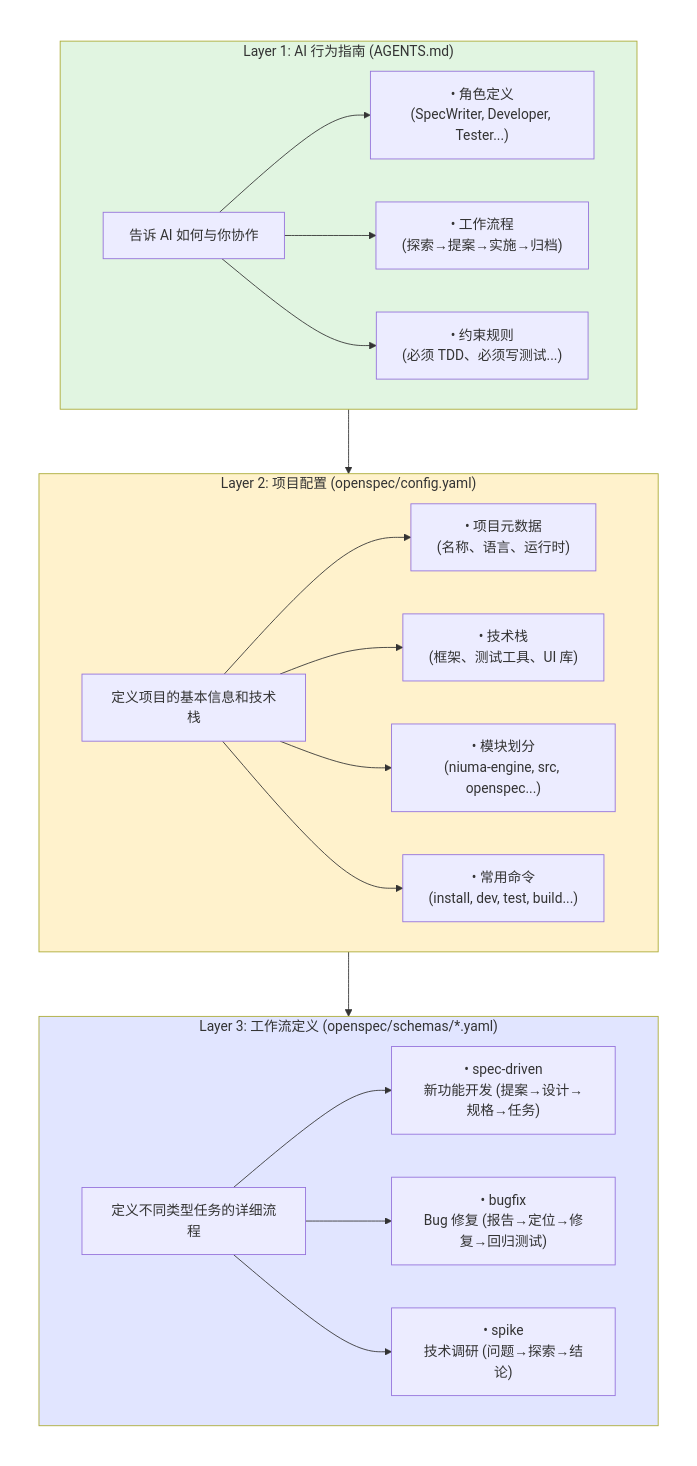
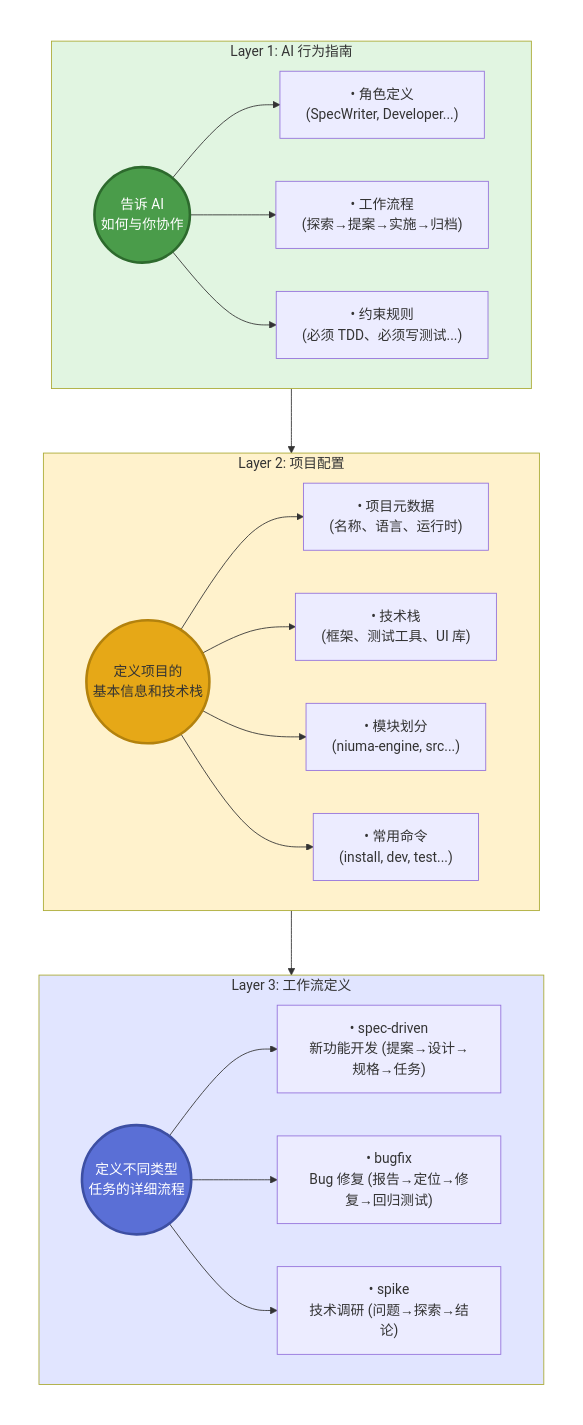
One commit to lihaizhong/niuma changed the first of 2 diagrams in docs/openspec/README.md. Above: the diagram before and after it, drawn with Mermaid. The commit also changed other lines of this file, not shown here.

Commit message:
docs(openspec): improve README diagram layout and fix navigation order
- Use circular nodes for central concepts to make them visually distinct
- Keep subgraphs horizontally centered via Wrapper container
- Update document navigation to start from step 0 instead of -1

````diff
--- a/docs/openspec/README.md
+++ b/docs/openspec/README.md
@@ -18,46 +18,41 @@
 ```mermaid
 flowchart TB
     subgraph Wrapper[" "]
         direction TB
 
-        subgraph Layer1["Layer 1: AI 行为指南 (AGENTS.md)"]
-            L1A["告诉 AI 如何与你协作"]
-            L1B["• 角色定义<br/>(SpecWriter, Developer, Tester...)"]
-            L1C["• 工作流程<br/>(探索→提案→实施→归档)"]
-            L1D["• 约束规则<br/>(必须 TDD、必须写测试...)"]
-            L1A --> L1B
-            L1A --> L1C
-            L1A --> L1D
+        subgraph Layer1["Layer 1: AI 行为指南"]
+            L1A(("告诉 AI<br/>如何与你协作"))
+            L1A --> L1B["• 角色定义<br/>(SpecWriter, Developer...)"]
+            L1A --> L1C["• 工作流程<br/>(探索→提案→实施→归档)"]
+            L1A --> L1D["• 约束规则<br/>(必须 TDD、必须写测试...)"]
         end
 
-        subgraph Layer2["Layer 2: 项目配置 (openspec/config.yaml)"]
-            L2A["定义项目的基本信息和技术栈"]
-            L2B["• 项目元数据<br/>(名称、语言、运行时)"]
-            L2C["• 技术栈<br/>(框架、测试工具、UI 库)"]
-            L2D["• 模块划分<br/>(niuma-engine, src, openspec...)"]
-            L2E["• 常用命令<br/>(install, dev, test, build...)"]
-            L2A --> L2B
-            L2A --> L2C
-            L2A --> L2D
-            L2A --> L2E
+        subgraph Layer2["Layer 2: 项目配置"]
+            L2A(("定义项目的<br/>基本信息和技术栈"))
+            L2A --> L2B["• 项目元数据<br/>(名称、语言、运行时)"]
+            L2A --> L2C["• 技术栈<br/>(框架、测试工具、UI 库)"]
+            L2A --> L2D["• 模块划分<br/>(niuma-engine, src...)"]
+            L2A --> L2E["• 常用命令<br/>(install, dev, test...)"]
         end
 
-        subgraph Layer3["Layer 3: 工作流定义 (openspec/schemas/*.yaml)"]
-            L3A["定义不同类型任务的详细流程"]
-            L3B["• spec-driven<br/>新功能开发 (提案→设计→规格→任务)"]
-            L3C["• bugfix<br/>Bug 修复 (报告→定位→修复→回归测试)"]
-            L3D["• spike<br/>技术调研 (问题→探索→结论)"]
-            L3A --> L3B
-            L3A --> L3C
-            L3A --> L3D
+        subgraph Layer3["Layer 3: 工作流定义"]
+            L3A(("定义不同类型<br/>任务的详细流程"))
+            L3A --> L3B["• spec-driven<br/>新功能开发 (提案→设计→规格→任务)"]
+            L3A --> L3C["• bugfix<br/>Bug 修复 (报告→定位→修复→回归测试)"]
+            L3A --> L3D["• spike<br/>技术调研 (问题→探索→结论)"]
         end
 
         Layer1 --> Layer2
         Layer2 --> Layer3
     end
 
     style Layer1 fill:#e1f5e1
     style Layer2 fill:#fff2cc
     style Layer3 fill:#e1e5ff
     style Wrapper fill:none,stroke:none
+
+    %% 中心节点样式
+    style L1A fill:#4a9c4a,stroke:#2d6a2d,stroke-width:3px,color:#fff
+    style L2A fill:#e6a817,stroke:#b3820d,stroke-width:3px,color:#333
+    style L3A fill:#5a6fd6,stroke:#3d4fa3,stroke-width:3px,color:#fff
 ```
````
